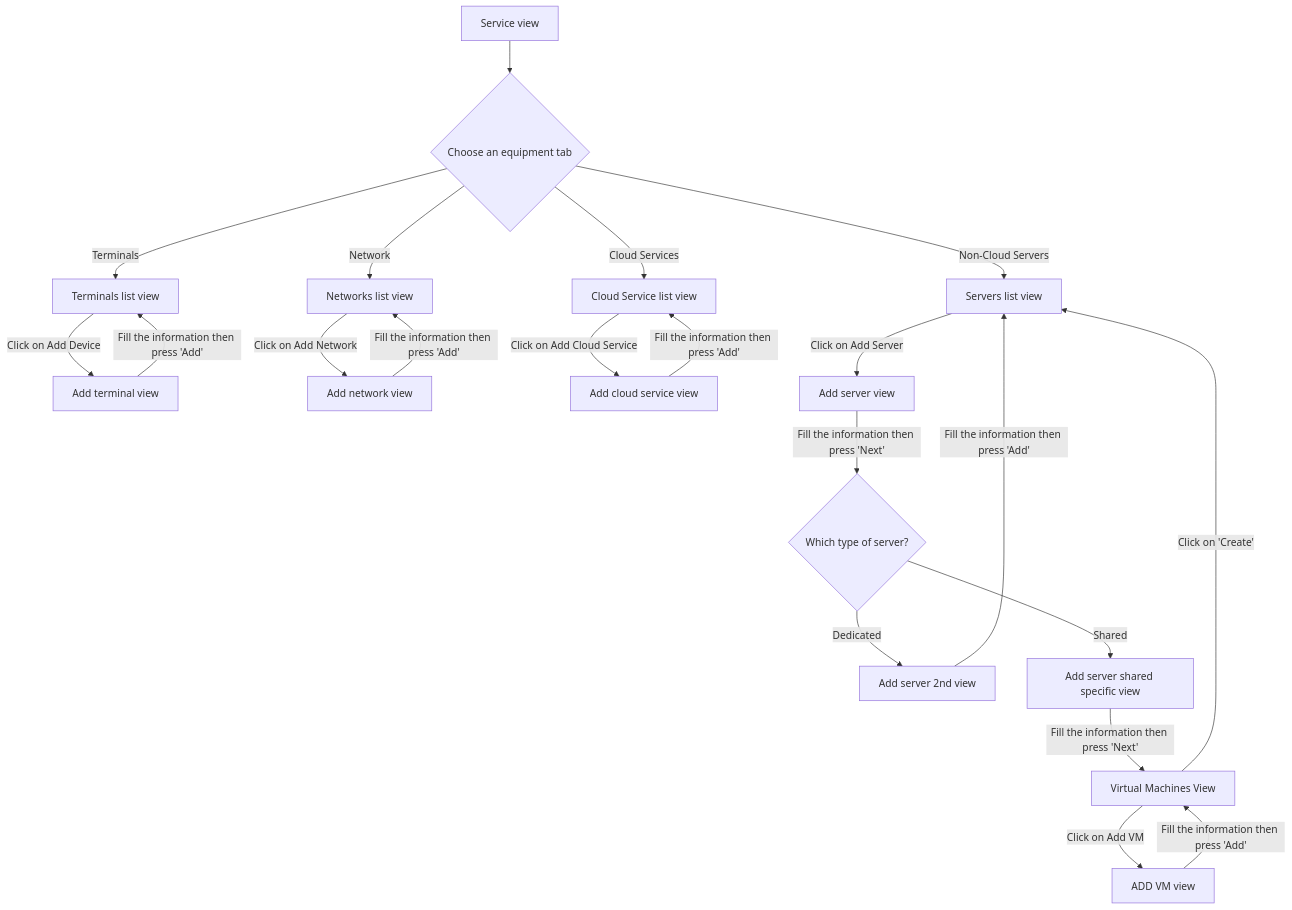
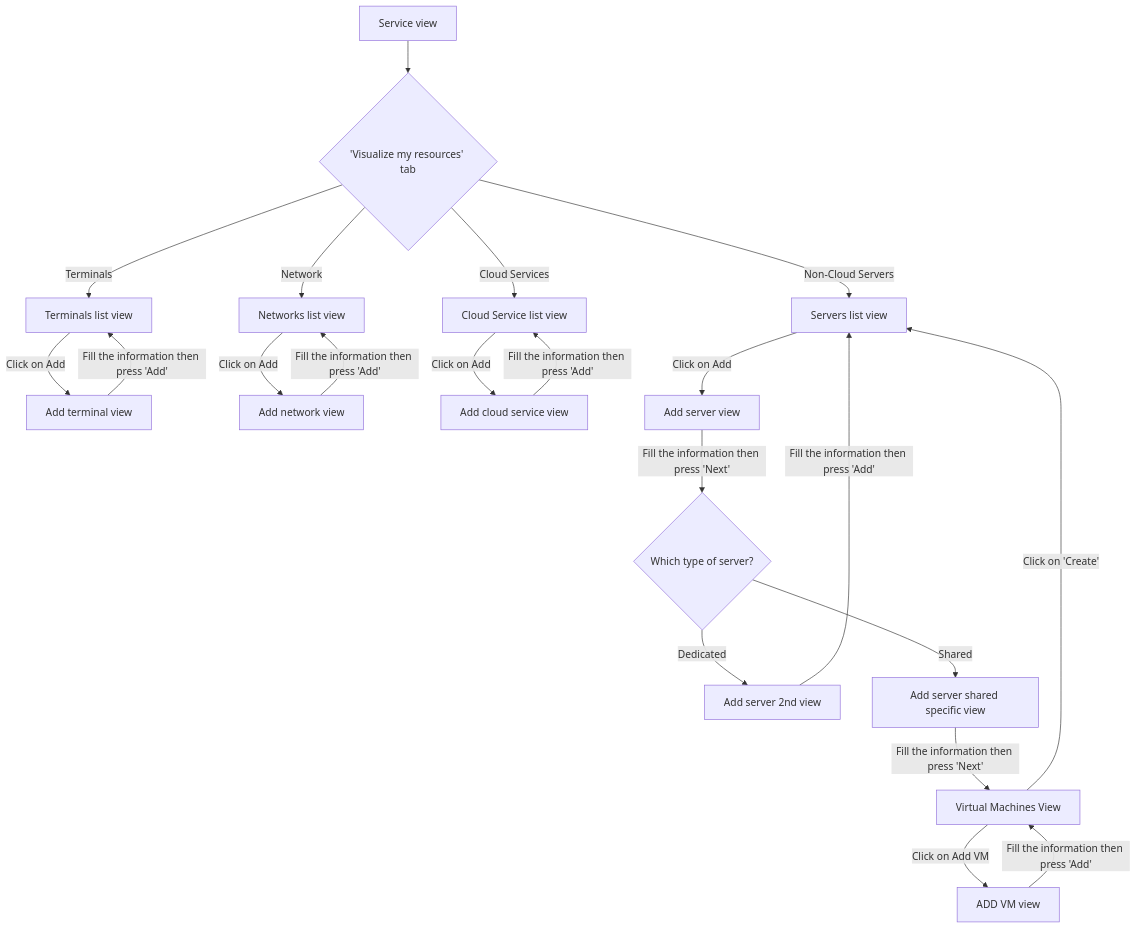
One commit to teamg4it/g4it changed the first of 2 diagrams in services/documentation/content/2-functional-documentation/use_cases/uc_digital_services/uc3_add_visualize_equipments/_index.md. Above: the diagram before and after it, drawn with Mermaid. The commit also changed other lines of this file and 67 other files, not shown here.

```diff
--- a/services/documentation/content/2-functional-documentation/use_cases/uc_digital_services/uc3_add_visualize_equipments/_index.md
+++ b/services/documentation/content/2-functional-documentation/use_cases/uc_digital_services/uc3_add_visualize_equipments/_index.md
@@ -28,15 +28,15 @@
 {{< mermaid >}}
 graph TD;
-Step1[Service view] -->Decision1{Choose an equipment tab}
+Step1[Service view] -->Decision1{'Visualize my resources' tab}
 Decision1 -->|Terminals| Step2[Terminals list view]
 Decision1 -->|Network| Step3[Networks list view]
 Decision1 -->|Non-Cloud Servers| Step4[Servers list view]
 Decision1 -->|Cloud Services| Step12[Cloud Service list view]
-Step2 -->|Click on Add Device|Step5[Add terminal view] --> |Fill the information then press 'Add'|Step2
-Step3 -->|Click on Add Network|Step6[Add network view] --> |Fill the information then press 'Add'|Step3
-Step12 -->|Click on Add Cloud Service|Step13[Add cloud service view] --> |Fill the information then press 'Add'|Step12
-Step4 -->|Click on Add Server|Step7[Add server view] --> |Fill the information then press 'Next'|Decision2{Which type of server?}
+Step2 -->|Click on Add|Step5[Add terminal view] --> |Fill the information then press 'Add'|Step2
+Step3 -->|Click on Add|Step6[Add network view] --> |Fill the information then press 'Add'|Step3
+Step12 -->|Click on Add|Step13[Add cloud service view] --> |Fill the information then press 'Add'|Step12
+Step4 -->|Click on Add|Step7[Add server view] --> |Fill the information then press 'Next'|Decision2{Which type of server?}
 Decision2 -->|Dedicated|Step8[Add server 2nd view] -->|Fill the information then press 'Add'|Step4
 Decision2 -->|Shared|Step9[Add server shared specific view] -->|Fill the information then press 'Next'|Step10[Virtual Machines View] -->|Click on Add VM|Step11[ADD VM view] -->|Fill the information then press 'Add'|Step10 -->|Click on 'Create'|Step4
 
 {{< /mermaid >}}
```
